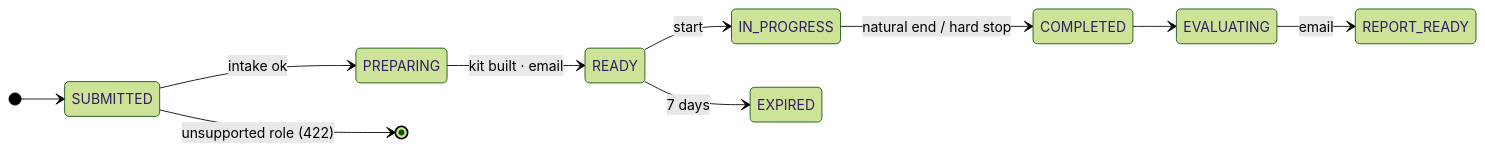
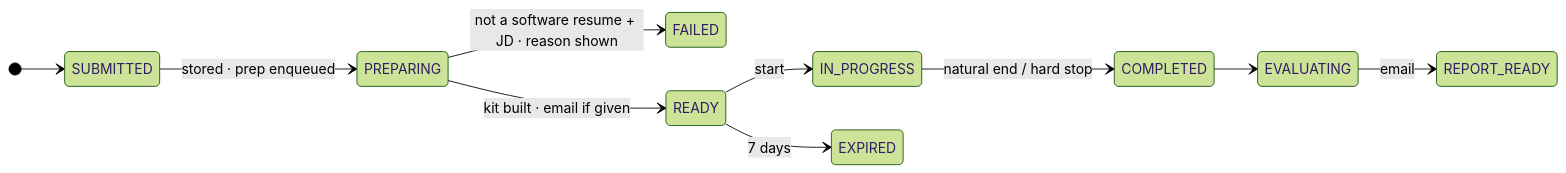
Before and after one commit to sshubham07/qualifai: the second of 6 diagrams in docs/deep-dive.md, drawn with Mermaid (forest theme). The commit also changed other lines of this file and 47 other files, not shown here.

First line of the commit message:
intake gate in prep job, more role families, meet id instead of email

````diff
--- a/docs/deep-dive.md
+++ b/docs/deep-dive.md
@@ -113,13 +113,13 @@
 ```mermaid
 stateDiagram-v2
   direction LR
   [*] --> SUBMITTED
-  SUBMITTED --> PREPARING: intake ok
-  SUBMITTED --> [*]: unsupported role (422)
-  PREPARING --> READY: kit built · email
+  SUBMITTED --> PREPARING: stored · prep enqueued
+  PREPARING --> FAILED: not a software resume + JD · reason shown
+  PREPARING --> READY: kit built · email if given
   READY --> IN_PROGRESS: start
   READY --> EXPIRED: 7 days
   IN_PROGRESS --> COMPLETED: natural end / hard stop
   COMPLETED --> EVALUATING
   EVALUATING --> REPORT_READY: email
 ```
````
